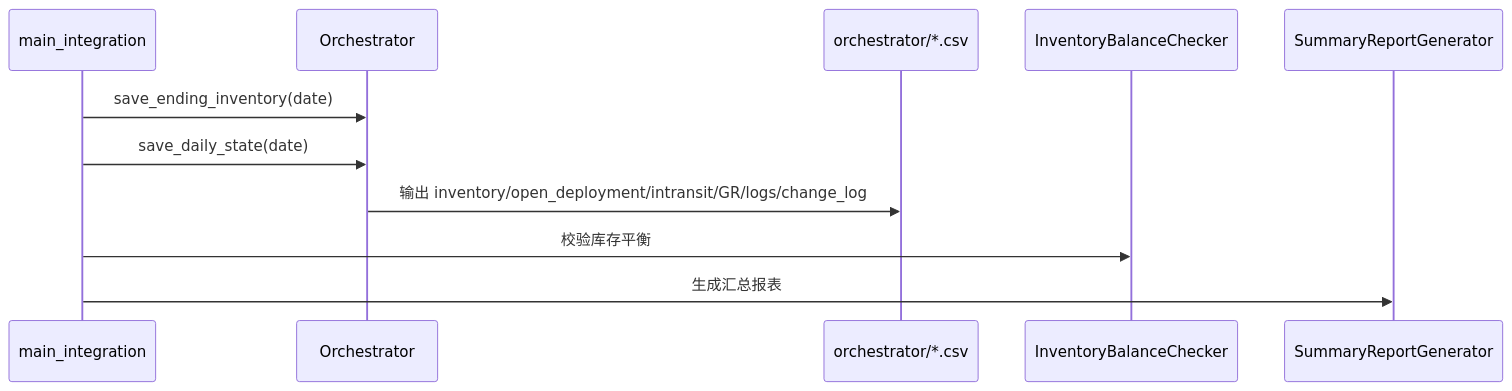
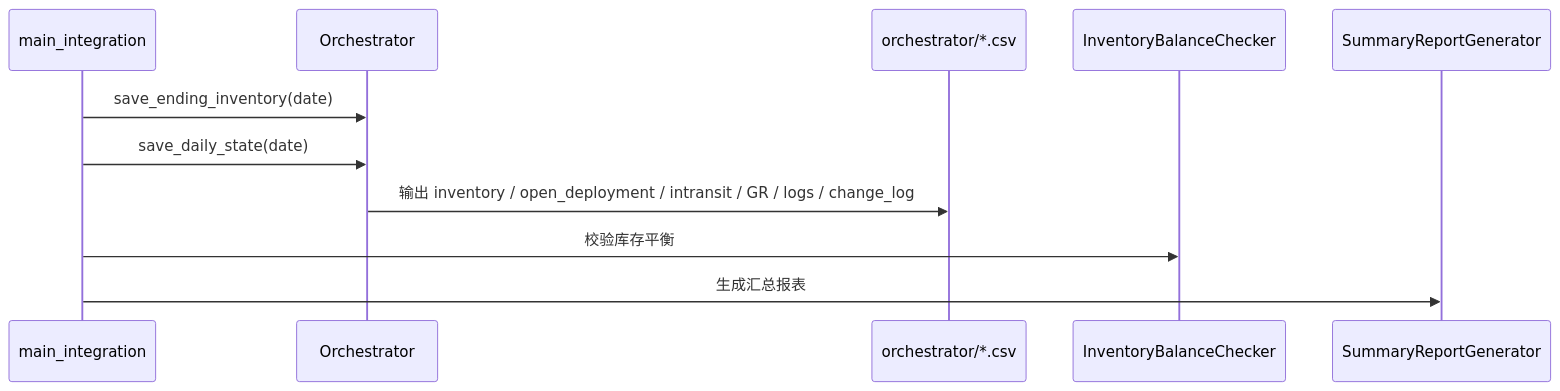
One commit to senzhang-ps/chainsight changed the eighth of 9 diagrams in docs/交接文档/Refactored/模块级时序图文档.md. Above: the diagram before and after it, drawn with Mermaid. The commit also changed other lines of this file, not shown here.

Commit message:
docs: 统一时序图格式 — 将M3/日末/DB模式的ASCII文本框转为Mermaid sequenceDiagram

````diff
--- a/docs/交接文档/Refactored/模块级时序图文档.md
+++ b/docs/交接文档/Refactored/模块级时序图文档.md
@@ -338,14 +340,14 @@
 ```mermaid
 sequenceDiagram
     participant MAIN as main_integration
     participant ORC as Orchestrator
     participant CSV as orchestrator/*.csv
     participant BAL as InventoryBalanceChecker
     participant SUM as SummaryReportGenerator
 
     MAIN->>ORC: save_ending_inventory(date)
     MAIN->>ORC: save_daily_state(date)
-    ORC->>CSV: 输出 inventory/open_deployment/intransit/GR/logs/change_log
+    ORC->>CSV: 输出 inventory / open_deployment / intransit / GR / logs / change_log
     MAIN->>BAL: 校验库存平衡
     MAIN->>SUM: 生成汇总报表
 ```
````
